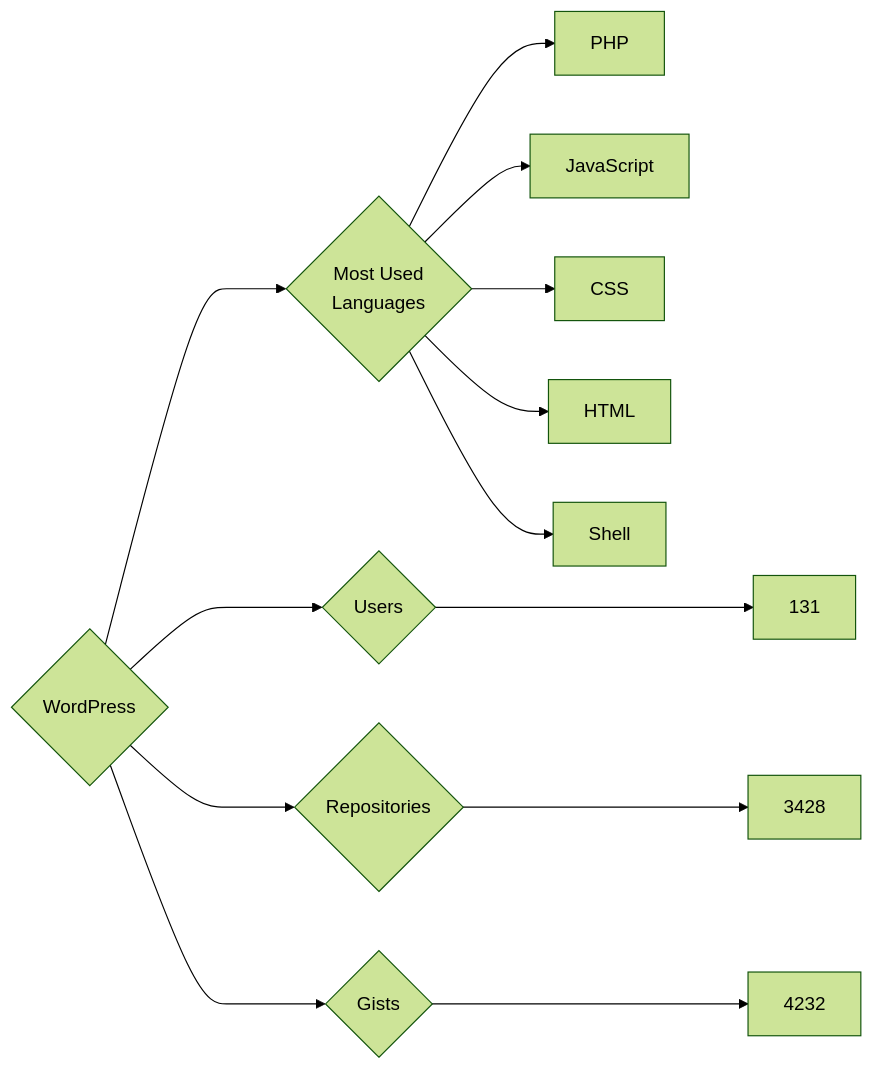
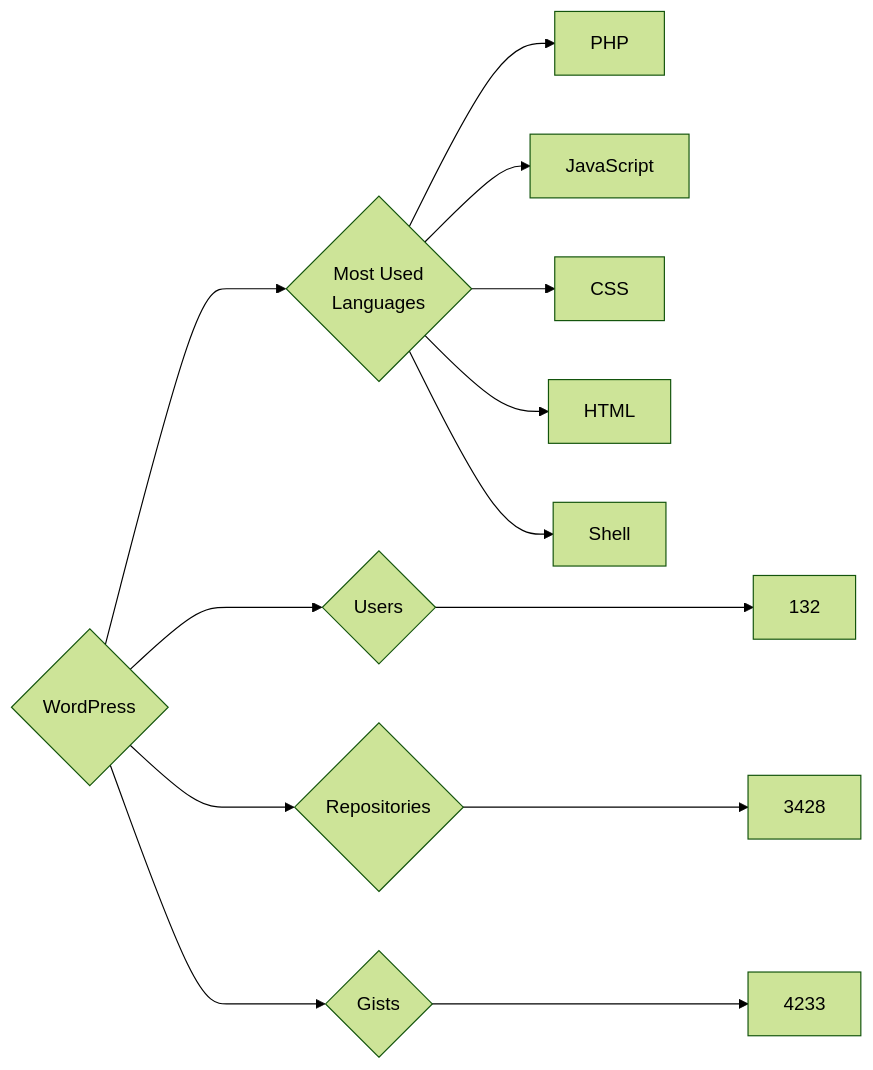
Before and after one commit to trickest/insiders: the diagram in targets/WordPress/README.md, drawn with Mermaid (forest theme). The commit also changed 1011 other files, not shown here.

````diff
--- a/targets/WordPress/README.md
+++ b/targets/WordPress/README.md
@@ -3,13 +3,13 @@
 ```mermaid
 graph LR
 COMPANY_NAME{WordPress}
-COMPANY_NAME ---> U{Users} ---> UN[131]
+COMPANY_NAME ---> U{Users} ---> UN[132]
 COMPANY_NAME ---> R{Repositories} ---> RN[3428]
-COMPANY_NAME ---> G{Gists} ---> GN[4232]
+COMPANY_NAME ---> G{Gists} ---> GN[4233]
 COMPANY_NAME ---> ML{Most Used<br>Languages}
 ML --> PHP[PHP]
 ML --> JavaScript[JavaScript]
 ML --> CSS[CSS]
 ML --> HTML[HTML]
 ML --> Shell[Shell]
 ```
````
